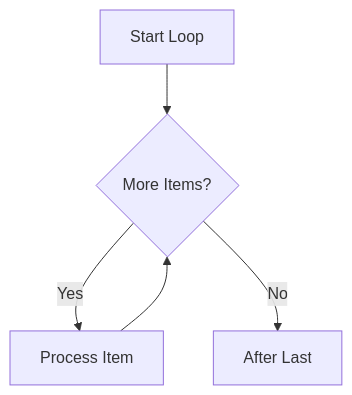
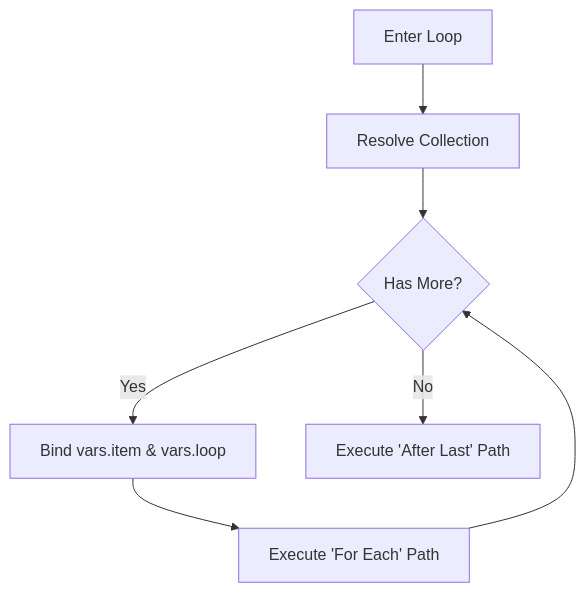
The diagram in content/en/docs/actions/loop/index.md (Sendipad/flexirule-docs), drawn with Mermaid before and after one commit. The commit also changed other lines of this file and 2 other files, not shown here.

````diff
--- a/content/en/docs/actions/loop/index.md
+++ b/content/en/docs/actions/loop/index.md
@@ -47,7 +79,9 @@
 ```mermaid
 graph TD
-    A[Start Loop] --> B{More Items?}
-    B -- Yes --> C[Process Item]
-    C --> B
-    B -- No --> D[After Last]
+    Start[Enter Loop] --> Resolve[Resolve Collection]
+    Resolve --> Check{Has More?}
+    Check -- Yes --> Bind[Bind vars.item & vars.loop]
+    Bind --> ForEach[Execute 'For Each' Path]
+    ForEach --> Check
+    Check -- No --> AfterLast[Execute 'After Last' Path]
 ```
````
